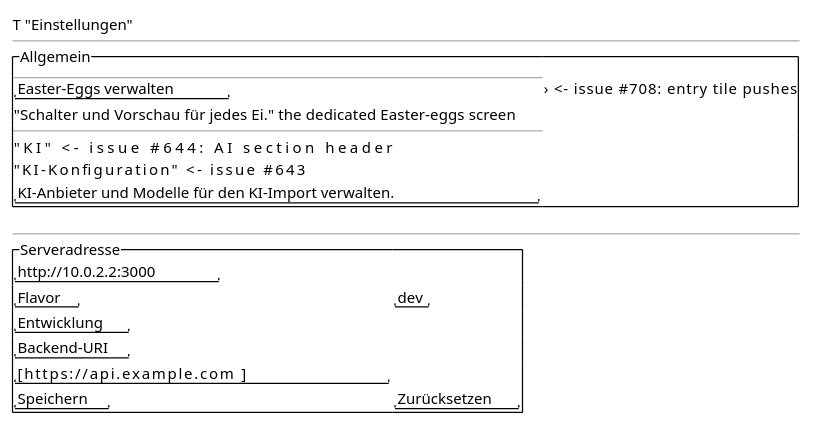
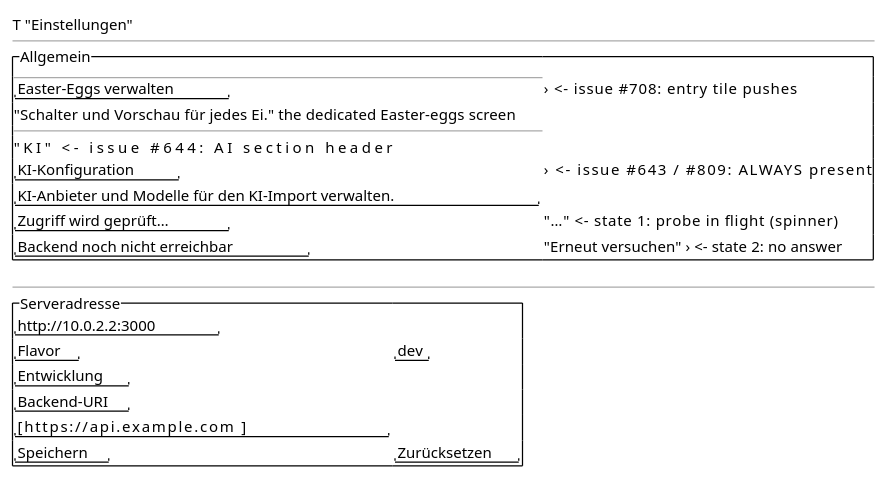
The diagram in docs/design/screens/settings.md (tradem/breakdown-rs), drawn with PlantUML before and after one commit. The commit also changed other lines of this file and 36 other files, not shown here.

````diff
--- a/docs/design/screens/settings.md
+++ b/docs/design/screens/settings.md
@@ -38,25 +41,27 @@
 ```plantuml
 @startsalt
 {
   T "Einstellungen"
   --
   {^ "Allgemein"
     --
     "Easter-Eggs verwalten" | ›        <- issue #708: entry tile pushes
     "Schalter und Vorschau für jedes Ei."   the dedicated Easter-eggs screen
     --
     "KI"                                 <- issue #644: AI section header
-    "KI-Konfiguration"                  <- issue #643
+    "KI-Konfiguration" | ›               <- issue #643 / #809: ALWAYS present
     "KI-Anbieter und Modelle für den KI-Import verwalten."
+    "Zugriff wird geprüft…" | "…"        <- state 1: probe in flight (spinner)
+    "Backend noch nicht erreichbar" | "Erneut versuchen" ›  <- state 2: no answer
   }
   --
   {^ "Serveradresse" | "http://10.0.2.2:3000"
      "Flavor" | "dev"
      "Entwicklung"
      "Backend-URI"
      "[https://api.example.com            ]"
      "Speichern" | "Zurücksetzen"
   }
 }
 @endsalt
 ```
````
